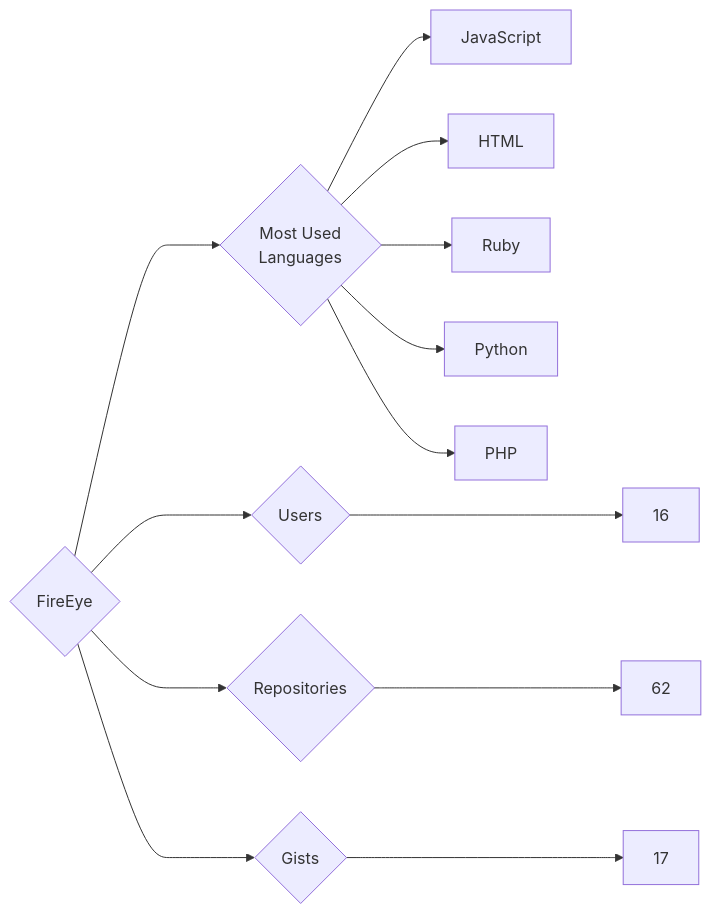
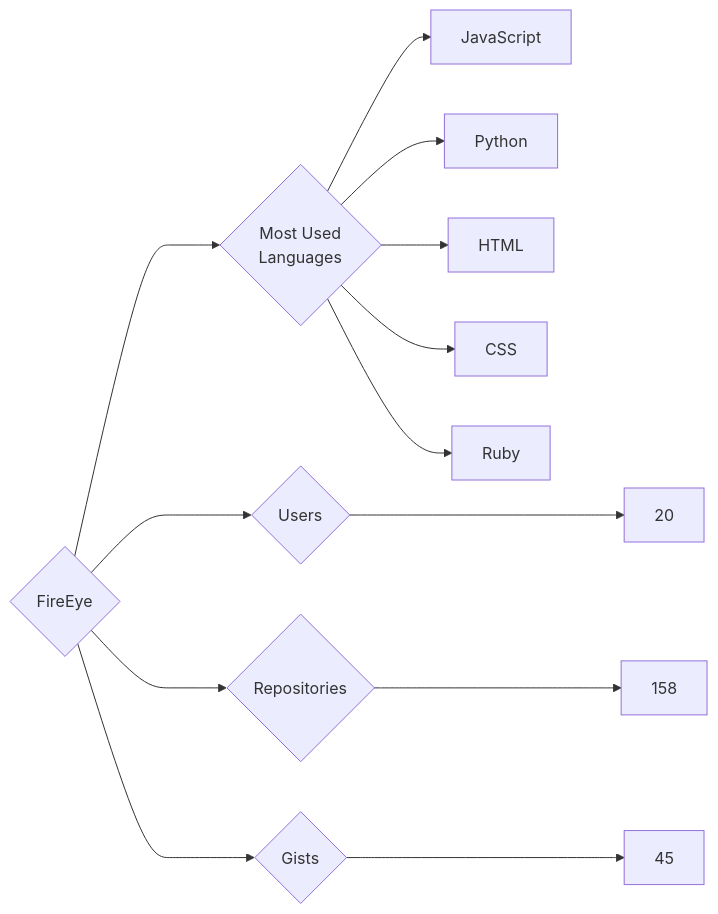
The diagram in targets/FireEye/README.md (trickest/insiders), drawn with Mermaid before and after one commit. The commit also changed 1084 other files, not shown here.

````diff
--- a/targets/FireEye/README.md
+++ b/targets/FireEye/README.md
@@ -3,13 +3,13 @@
 ```mermaid
 graph LR
 COMPANY_NAME{FireEye}
-COMPANY_NAME ---> U{Users} ---> UN[16]
-COMPANY_NAME ---> R{Repositories} ---> RN[62]
-COMPANY_NAME ---> G{Gists} ---> GN[17]
+COMPANY_NAME ---> U{Users} ---> UN[20]
+COMPANY_NAME ---> R{Repositories} ---> RN[158]
+COMPANY_NAME ---> G{Gists} ---> GN[45]
 COMPANY_NAME ---> ML{Most Used<br>Languages}
 ML --> JavaScript[JavaScript]
+ML --> Python[Python]
 ML --> HTML[HTML]
+ML --> CSS[CSS]
 ML --> Ruby[Ruby]
-ML --> Python[Python]
-ML --> PHP[PHP]
 ```
````
